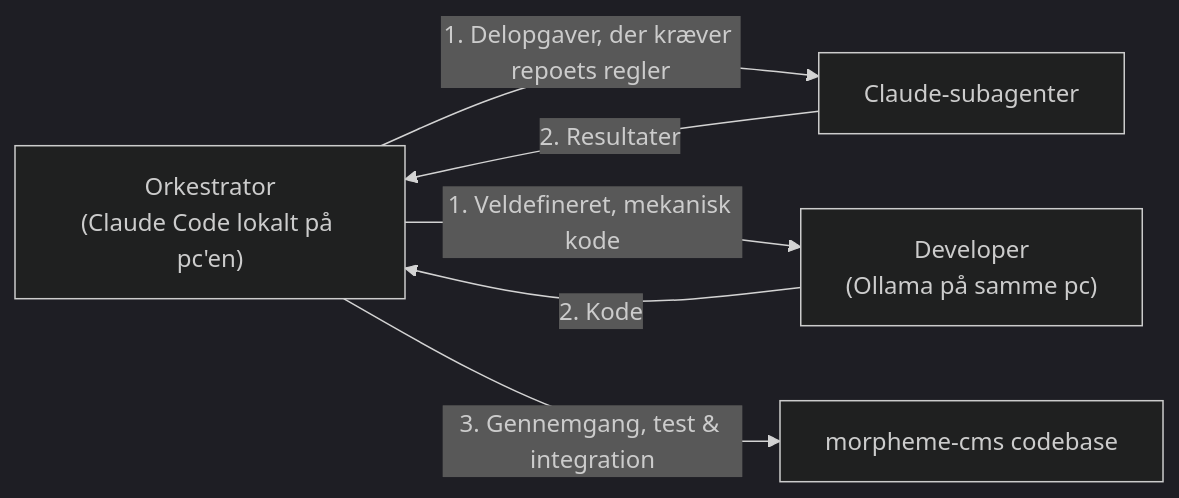
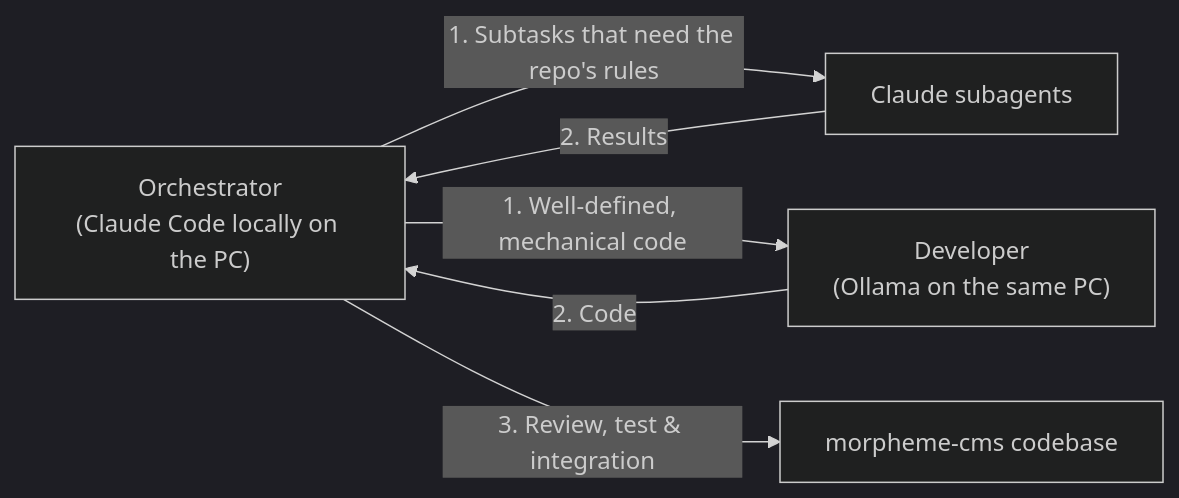
Before and after one commit to larsadolfsen/morpheme-cms: the diagram in AGENTS.md, drawn with Mermaid (dark theme). The commit also changed other lines of this file, not shown here.

````diff
--- a/AGENTS.md
+++ b/AGENTS.md
@@ -57,8 +57,8 @@
 ```mermaid
 flowchart LR
-    A["Orkestrator<br/>(Claude Code lokalt på pc'en)"] -->|"1. Delopgaver, der kræver repoets regler"| S["Claude-subagenter"]
-    A -->|"1. Veldefineret, mekanisk kode"| D["Developer<br/>(Ollama på samme pc)"]
-    S -->|"2. Resultater"| A
-    D -->|"2. Kode"| A
-    A -->|"3. Gennemgang, test & integration"| R["morpheme-cms codebase"]
+    A["Orchestrator<br/>(Claude Code locally on the PC)"] -->|"1. Subtasks that need the repo's rules"| S["Claude subagents"]
+    A -->|"1. Well-defined, mechanical code"| D["Developer<br/>(Ollama on the same PC)"]
+    S -->|"2. Results"| A
+    D -->|"2. Code"| A
+    A -->|"3. Review, test & integration"| R["morpheme-cms codebase"]
 ```
````
